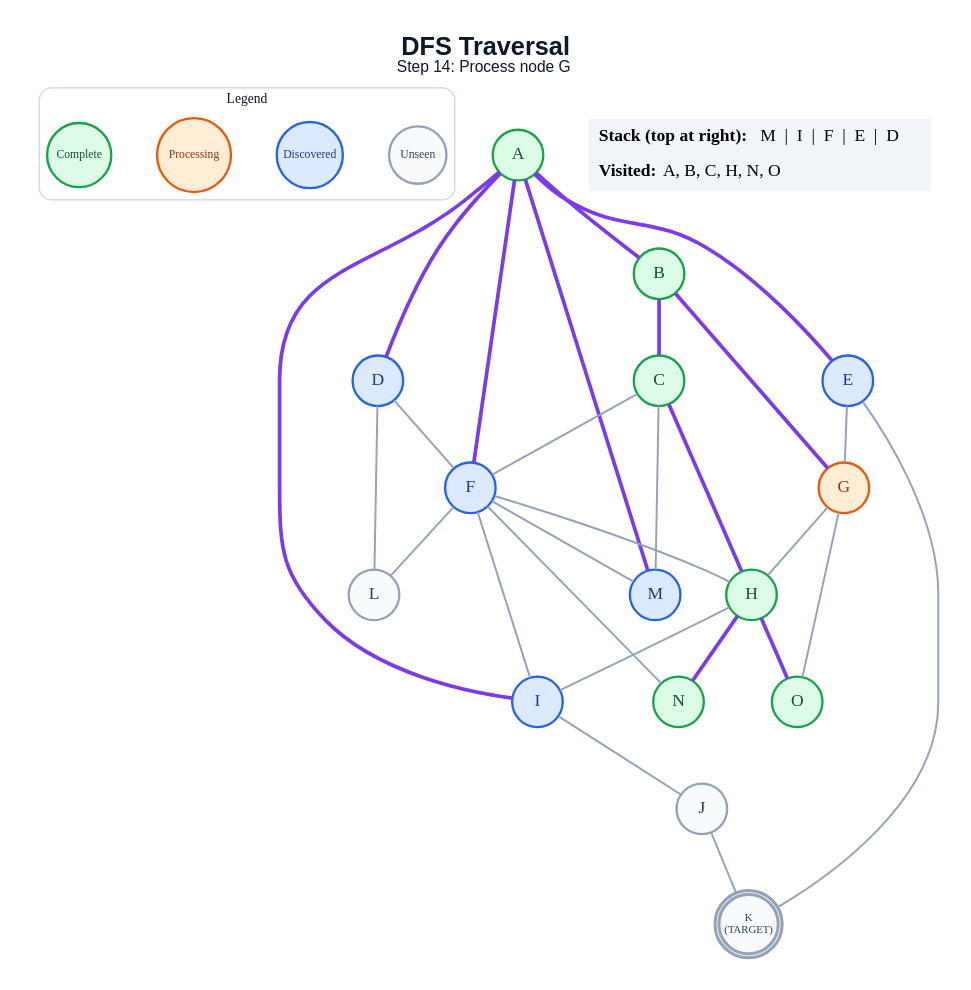
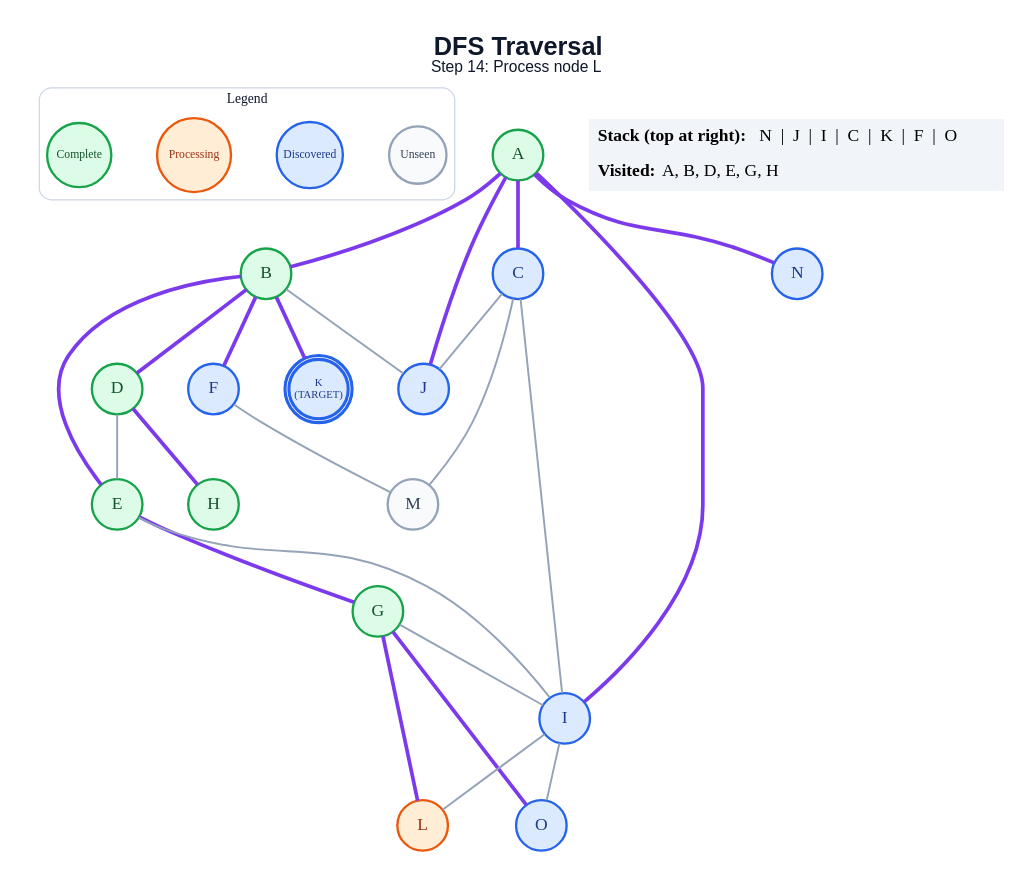
Before and after one commit to anon7238593-create/ai-slop: the diagram in generated/specific-node/dfs/step_14.dot, drawn with Graphviz. The commit also changed 273 other files, not shown here.

```diff
--- a/generated/specific-node/dfs/step_14.dot
+++ b/generated/specific-node/dfs/step_14.dot
@@ -1,61 +1,57 @@
 graph traversal {
   graph [layout=dot, rankdir=TB, bgcolor="#FFFFFF", pad="0.35", nodesep="0.65", ranksep="0.8", fontname="Arial"];
   node [shape=circle, style="filled", fontname="Arial Bold", fontsize=18, width=0.72, fixedsize=true, penwidth=2.4];
   edge [color="#94A3B8", penwidth=2.0];
-  label=<<B>DFS Traversal</B><BR/><FONT POINT-SIZE="16">Step 14: Process node G</FONT>>; labelloc="t"; fontsize=26; fontname="Arial"; fontcolor="#0F172A";
+  label=<<B>DFS Traversal</B><BR/><FONT POINT-SIZE="16">Step 14: Process node L</FONT>>; labelloc="t"; fontsize=26; fontname="Arial"; fontcolor="#0F172A";
   subgraph cluster_legend { label="Legend"; color="#CBD5E1"; penwidth=1.2; style="rounded"; fontsize=14; fontname="Arial Bold";
     key_unseen [label="Unseen", fillcolor="#F8FAFC", color="#94A3B8", fontcolor="#334155", fontsize=12, width=0.82];
     key_frontier [label="Discovered", fillcolor="#DBEAFE", color="#2563EB", fontcolor="#1E3A8A", fontsize=12, width=0.95];
     key_current [label="Processing", fillcolor="#FFEDD5", color="#EA580C", fontcolor="#9A3412", fontsize=12, width=1.05];
     key_done [label="Complete", fillcolor="#DCFCE7", color="#16A34A", fontcolor="#14532D", fontsize=12, width=0.92];
     { rank=same; key_unseen; key_frontier; key_current; key_done; }
   }
   A [label="A", fillcolor="#DCFCE7", color="#16A34A", fontcolor="#14532D", peripheries=1, penwidth=2.4];
   B [label="B", fillcolor="#DCFCE7", color="#16A34A", fontcolor="#14532D", peripheries=1, penwidth=2.4];
-  C [label="C", fillcolor="#DCFCE7", color="#16A34A", fontcolor="#14532D", peripheries=1, penwidth=2.4];
-  D [label="D", fillcolor="#DBEAFE", color="#2563EB", fontcolor="#1E3A8A", peripheries=1, penwidth=2.4];
-  E [label="E", fillcolor="#DBEAFE", color="#2563EB", fontcolor="#1E3A8A", peripheries=1, penwidth=2.4];
+  C [label="C", fillcolor="#DBEAFE", color="#2563EB", fontcolor="#1E3A8A", peripheries=1, penwidth=2.4];
+  D [label="D", fillcolor="#DCFCE7", color="#16A34A", fontcolor="#14532D", peripheries=1, penwidth=2.4];
+  E [label="E", fillcolor="#DCFCE7", color="#16A34A", fontcolor="#14532D", peripheries=1, penwidth=2.4];
   F [label="F", fillcolor="#DBEAFE", color="#2563EB", fontcolor="#1E3A8A", peripheries=1, penwidth=2.4];
-  G [label="G", fillcolor="#FFEDD5", color="#EA580C", fontcolor="#9A3412", peripheries=1, penwidth=2.4];
+  G [label="G", fillcolor="#DCFCE7", color="#16A34A", fontcolor="#14532D", peripheries=1, penwidth=2.4];
   H [label="H", fillcolor="#DCFCE7", color="#16A34A", fontcolor="#14532D", peripheries=1, penwidth=2.4];
   I [label="I", fillcolor="#DBEAFE", color="#2563EB", fontcolor="#1E3A8A", peripheries=1, penwidth=2.4];
-  J [label="J", fillcolor="#F8FAFC", color="#94A3B8", fontcolor="#334155", peripheries=1, penwidth=2.4];
-  K [label="K\n(TARGET)", fillcolor="#F8FAFC", color="#94A3B8", fontcolor="#334155", peripheries=2, penwidth=3.2, fontsize=11, width=0.85, height=0.85];
-  L [label="L", fillcolor="#F8FAFC", color="#94A3B8", fontcolor="#334155", peripheries=1, penwidth=2.4];
-  M [label="M", fillcolor="#DBEAFE", color="#2563EB", fontcolor="#1E3A8A", peripheries=1, penwidth=2.4];
-  N [label="N", fillcolor="#DCFCE7", color="#16A34A", fontcolor="#14532D", peripheries=1, penwidth=2.4];
-  O [label="O", fillcolor="#DCFCE7", color="#16A34A", fontcolor="#14532D", peripheries=1, penwidth=2.4];
+  J [label="J", fillcolor="#DBEAFE", color="#2563EB", fontcolor="#1E3A8A", peripheries=1, penwidth=2.4];
+  K [label="K\n(TARGET)", fillcolor="#DBEAFE", color="#2563EB", fontcolor="#1E3A8A", peripheries=2, penwidth=3.2, fontsize=11, width=0.85, height=0.85];
+  L [label="L", fillcolor="#FFEDD5", color="#EA580C", fontcolor="#9A3412", peripheries=1, penwidth=2.4];
+  M [label="M", fillcolor="#F8FAFC", color="#94A3B8", fontcolor="#334155", peripheries=1, penwidth=2.4];
+  N [label="N", fillcolor="#DBEAFE", color="#2563EB", fontcolor="#1E3A8A", peripheries=1, penwidth=2.4];
+  O [label="O", fillcolor="#DBEAFE", color="#2563EB", fontcolor="#1E3A8A", peripheries=1, penwidth=2.4];
   A -- B [color="#7C3AED", penwidth=3.8];
-  A -- D [color="#7C3AED", penwidth=3.8];
-  A -- E [color="#7C3AED", penwidth=3.8];
-  A -- F [color="#7C3AED", penwidth=3.8];
+  A -- C [color="#7C3AED", penwidth=3.8];
   A -- I [color="#7C3AED", penwidth=3.8];
-  A -- M [color="#7C3AED", penwidth=3.8];
-  B -- C [color="#7C3AED", penwidth=3.8];
-  B -- G [color="#7C3AED", penwidth=3.8];
-  C -- F;
-  C -- H [color="#7C3AED", penwidth=3.8];
+  A -- J [color="#7C3AED", penwidth=3.8];
+  A -- N [color="#7C3AED", penwidth=3.8];
+  B -- D [color="#7C3AED", penwidth=3.8];
+  B -- E [color="#7C3AED", penwidth=3.8];
+  B -- F [color="#7C3AED", penwidth=3.8];
+  B -- J;
+  B -- K [color="#7C3AED", penwidth=3.8];
+  C -- I;
+  C -- J;
   C -- M;
-  D -- F;
-  D -- L;
-  E -- G;
-  E -- K;
-  F -- H;
-  F -- I;
-  F -- L;
+  D -- E;
+  D -- H [color="#7C3AED", penwidth=3.8];
+  E -- G [color="#7C3AED", penwidth=3.8];
+  E -- I;
   F -- M;
-  F -- N;
-  G -- H;
-  G -- O;
-  H -- I;
-  H -- N [color="#7C3AED", penwidth=3.8];
-  H -- O [color="#7C3AED", penwidth=3.8];
-  I -- J;
-  J -- K;
+  G -- I;
+  G -- L [color="#7C3AED", penwidth=3.8];
+  G -- O [color="#7C3AED", penwidth=3.8];
+  I -- L;
+  I -- O;
   status [shape=plain, fixedsize=false, width=0, height=0, margin=0, label=<
     <TABLE BORDER="0" CELLBORDER="0" CELLPADDING="7" BGCOLOR="#F1F5F9">
-      <TR><TD ALIGN="LEFT"><B>Stack (top at right):</B> M  |  I  |  F  |  E  |  D</TD></TR>
-      <TR><TD ALIGN="LEFT"><B>Visited:</B> A, B, C, H, N, O</TD></TR>
+      <TR><TD ALIGN="LEFT"><B>Stack (top at right):</B> N  |  J  |  I  |  C  |  K  |  F  |  O</TD></TR>
+      <TR><TD ALIGN="LEFT"><B>Visited:</B> A, B, D, E, G, H</TD></TR>
     </TABLE>
   >];
 }
```
